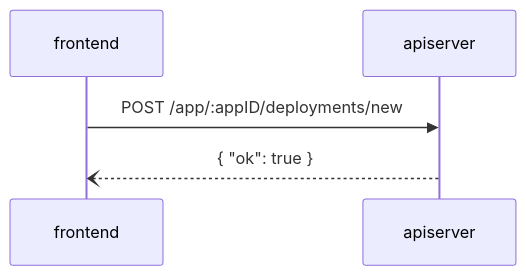
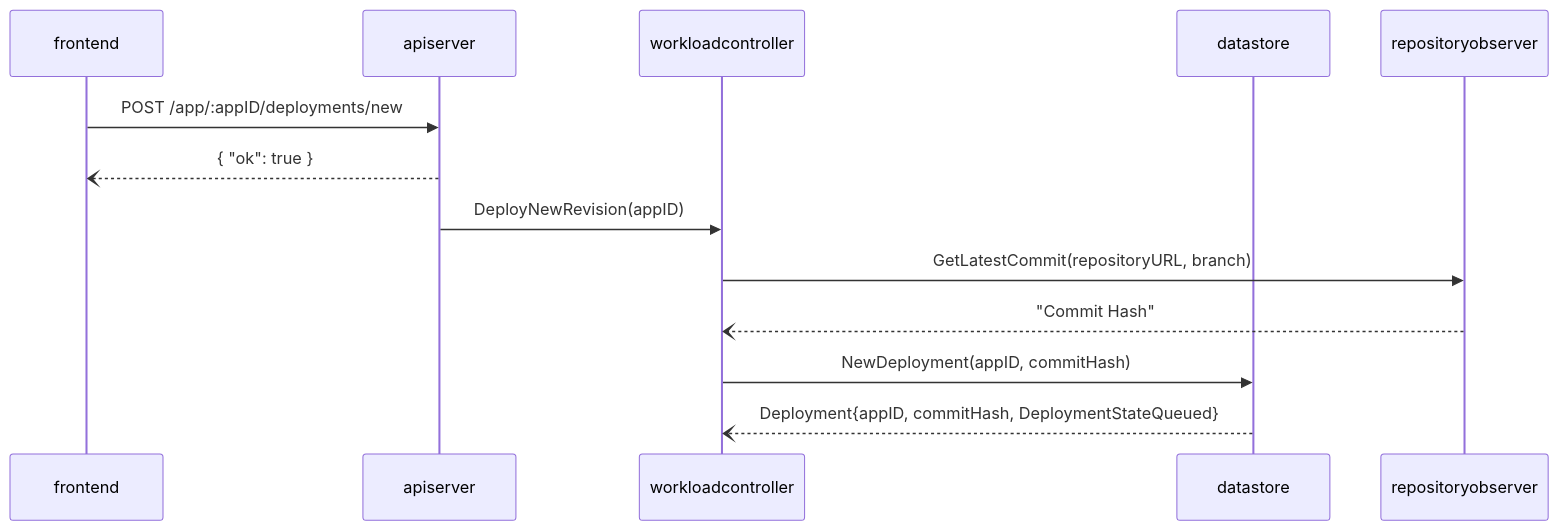
The diagram in design-docs/docs/workloadcontroller/architecture.md (thecodeisalreadydeployed/backend), drawn with Mermaid before and after one commit.

Commit message:
docs(workloadcontroller): apiserver -> workloadcontroller

````diff
--- a/design-docs/docs/workloadcontroller/architecture.md
+++ b/design-docs/docs/workloadcontroller/architecture.md
@@ -7,8 +7,17 @@
 ```mermaid
 sequenceDiagram
 	participant frontend
 	participant apiserver
+	participant workloadcontroller
+	participant datastore
+	participant repositoryobserver
 
 	frontend->>apiserver: POST /app/:appID/deployments/new
 	apiserver--)frontend: { "ok": true }
+
+	apiserver->>workloadcontroller: DeployNewRevision(appID)
+	workloadcontroller->>repositoryobserver: GetLatestCommit(repositoryURL, branch)
+	repositoryobserver--)workloadcontroller: "Commit Hash"
+	workloadcontroller->>datastore: NewDeployment(appID, commitHash)
+	datastore--)workloadcontroller: Deployment{appID, commitHash, DeploymentStateQueued}
 ```
````
